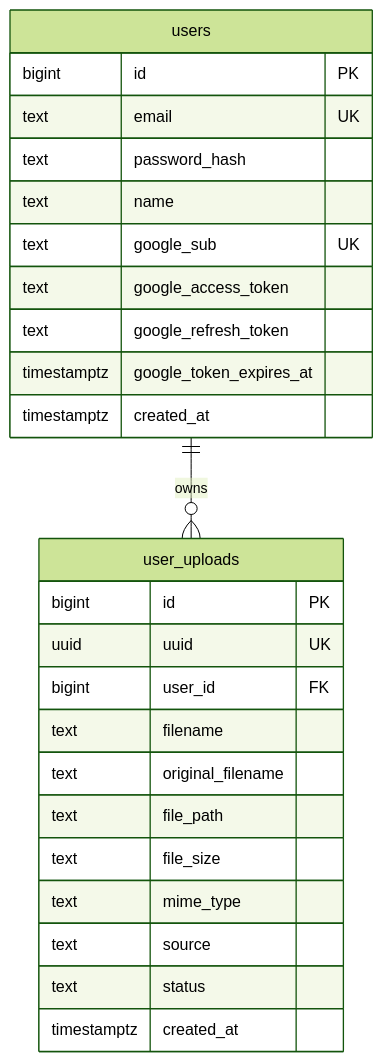
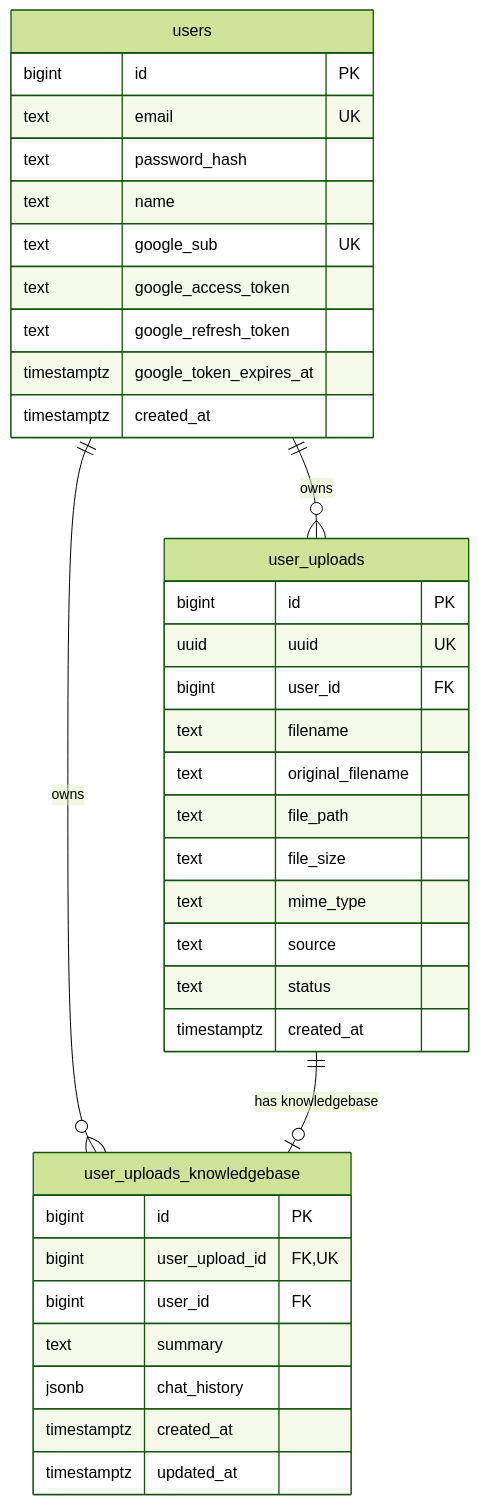
The diagram in db/database_structure.md (nippunrana/OffPaper), drawn with Mermaid (forest theme) before and after one commit. The commit also changed other lines of this file and 1 other file, not shown here.

Commit message:
feat: add user_uploads_knowledgebase table to store AI chat summaries and history

````diff
--- a/db/database_structure.md
+++ b/db/database_structure.md
@@ -12,30 +12,42 @@
 ```mermaid
 erDiagram
     users ||--o{ user_uploads : "owns"
+    users ||--o{ user_uploads_knowledgebase : "owns"
+    user_uploads ||--o| user_uploads_knowledgebase : "has knowledgebase"
 
     users {
         bigint id PK
         text email UK
         text password_hash
         text name
         text google_sub UK
         text google_access_token
         text google_refresh_token
         timestamptz google_token_expires_at
         timestamptz created_at
     }
 
     user_uploads {
         bigint id PK
         uuid uuid UK
         bigint user_id FK
         text filename
         text original_filename
         text file_path
         text file_size
         text mime_type
         text source
         text status
         timestamptz created_at
     }
+
+    user_uploads_knowledgebase {
+        bigint id PK
+        bigint user_upload_id FK, UK
+        bigint user_id FK
+        text summary
+        jsonb chat_history
+        timestamptz created_at
+        timestamptz updated_at
+    }
 ```
````
